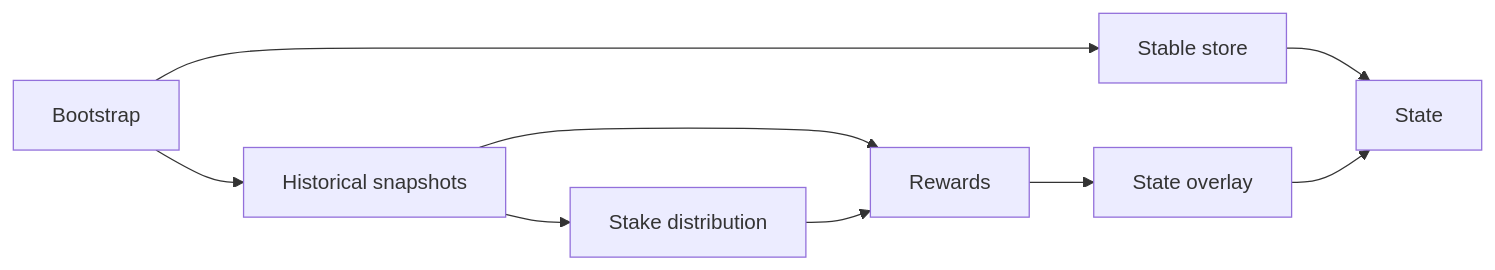
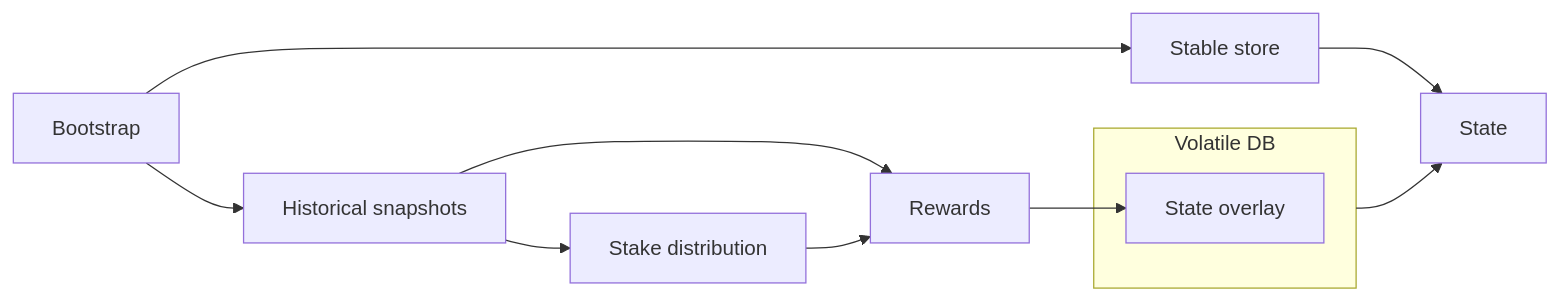
One commit to pragma-org/amaru changed the first of 3 diagrams in crates/amaru-ledger/README.md. Above: the diagram before and after it, drawn with Mermaid. The commit also changed other lines of this file, not shown here.

Commit message:
chore: update ledger mermaid diagrams

````diff
--- a/crates/amaru-ledger/README.md
+++ b/crates/amaru-ledger/README.md
@@ -30,19 +29,22 @@
 ```mermaid
 flowchart LR
     BT["Bootstrap"]
     HS["Historical snapshots"]
     LS["State"]
     RW["Rewards"]
     SD["Stake distribution"]
     SS["Stable store"]
-    SO["State overlay"]
+
+    subgraph VD["Volatile DB"]
+        SO["State overlay"]
+    end
 
     BT --> HS
     BT --> SS
     SS --> LS
     HS --> SD
     HS --> RW
     SD --> RW
     RW --> SO
-    SO --> LS
+    VD --> LS
 ```
````
